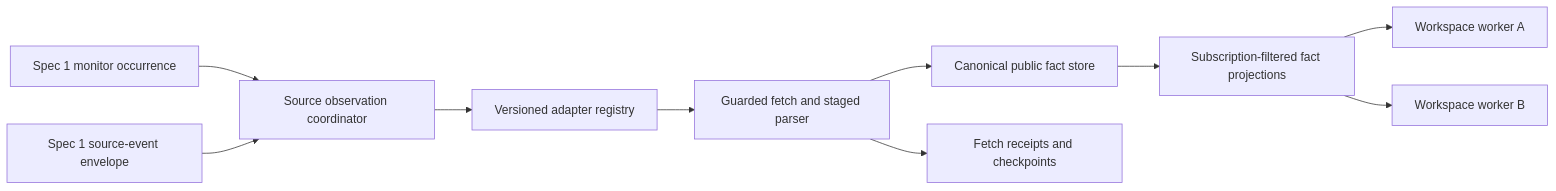
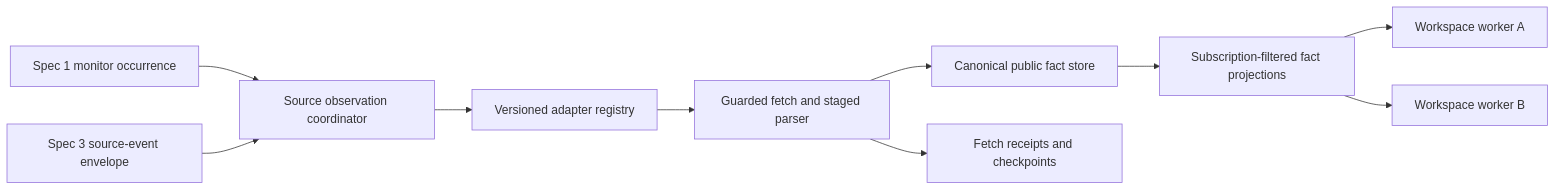
Before and after one commit to Must-be-Ash/adaam: the diagram in specs/03-public-source-adapters.md, drawn with Mermaid. The commit also changed other lines of this file and 8 other files, not shown here.

````diff
--- a/specs/03-public-source-adapters.md
+++ b/specs/03-public-source-adapters.md
@@ -188,12 +190,12 @@
 ```mermaid
 flowchart LR
     M["Spec 1 monitor occurrence"] --> O["Source observation coordinator"]
-    E["Spec 1 source-event envelope"] --> O
+    E["Spec 3 source-event envelope"] --> O
     O --> R["Versioned adapter registry"]
     R --> F["Guarded fetch and staged parser"]
     F --> C["Canonical public fact store"]
     F --> K["Fetch receipts and checkpoints"]
     C --> P["Subscription-filtered fact projections"]
     P --> W1["Workspace worker A"]
     P --> W2["Workspace worker B"]
 ```
````
